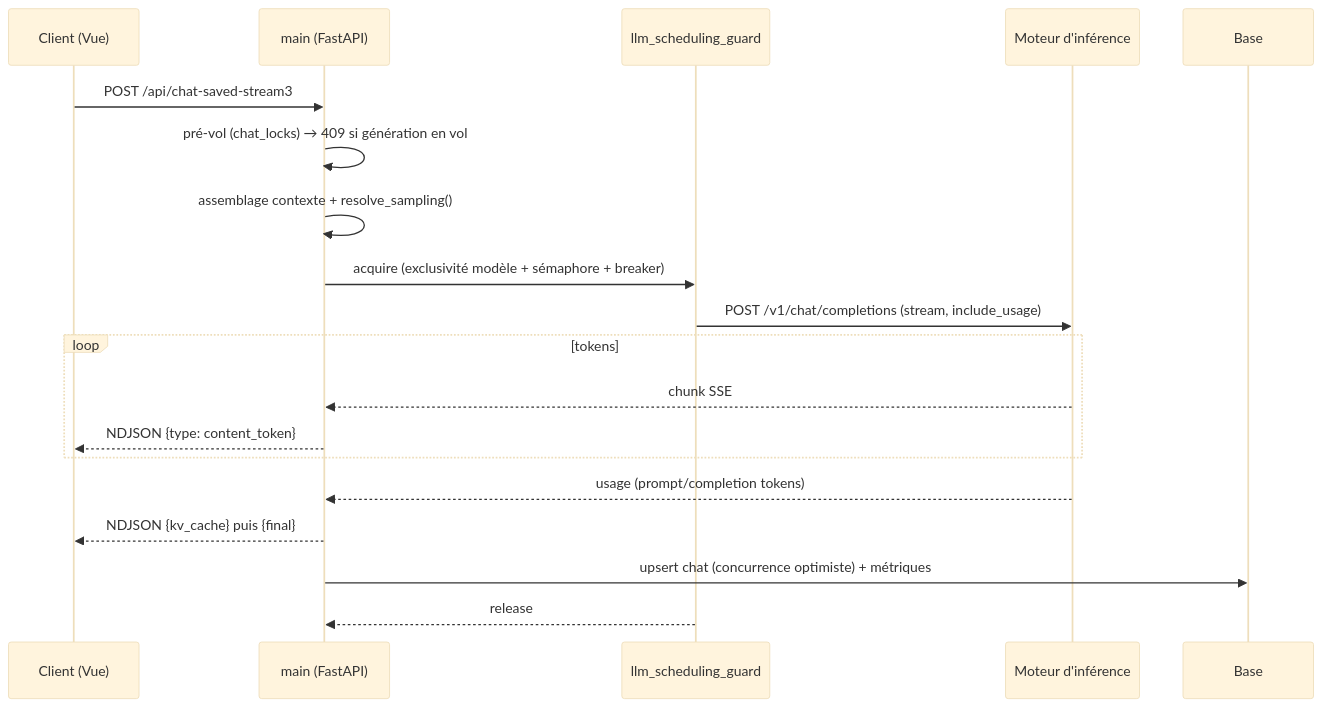
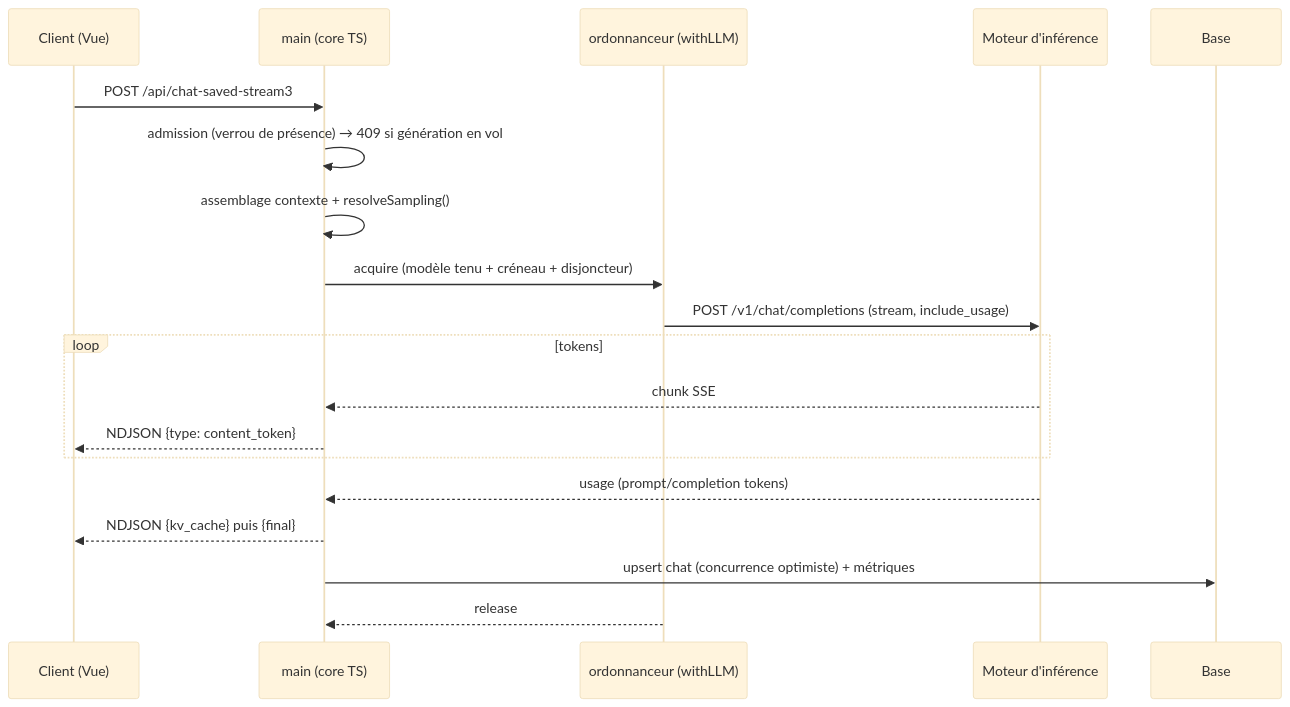
Before and after one commit to toto-fou/Elpis: the tenth of 16 diagrams in docs/architecture.md, drawn with Mermaid (base theme). The commit also changed other lines of this file and 2475 other files, not shown here.

````diff
--- a/docs/architecture.md
+++ b/docs/architecture.md
@@ -1076,21 +1188,21 @@
 ```mermaid
 sequenceDiagram
     participant C as Client (Vue)
-    participant A as main (FastAPI)
-    participant G as llm_scheduling_guard
+    participant A as main (core TS)
+    participant G as ordonnanceur (withLLM)
     participant L as Moteur d'inférence
     participant D as Base
     C->>A: POST /api/chat-saved-stream3
-    A->>A: pré-vol (chat_locks) → 409 si génération en vol
-    A->>A: assemblage contexte + resolve_sampling()
-    A->>G: acquire (exclusivité modèle + sémaphore + breaker)
+    A->>A: admission (verrou de présence) → 409 si génération en vol
+    A->>A: assemblage contexte + resolveSampling()
+    A->>G: acquire (modèle tenu + créneau + disjoncteur)
     G->>L: POST /v1/chat/completions (stream, include_usage)
     loop tokens
         L-->>A: chunk SSE
         A-->>C: NDJSON {type: content_token}
     end
     L-->>A: usage (prompt/completion tokens)
     A-->>C: NDJSON {kv_cache} puis {final}
     A->>D: upsert chat (concurrence optimiste) + métriques
     G-->>A: release
 ```
````
